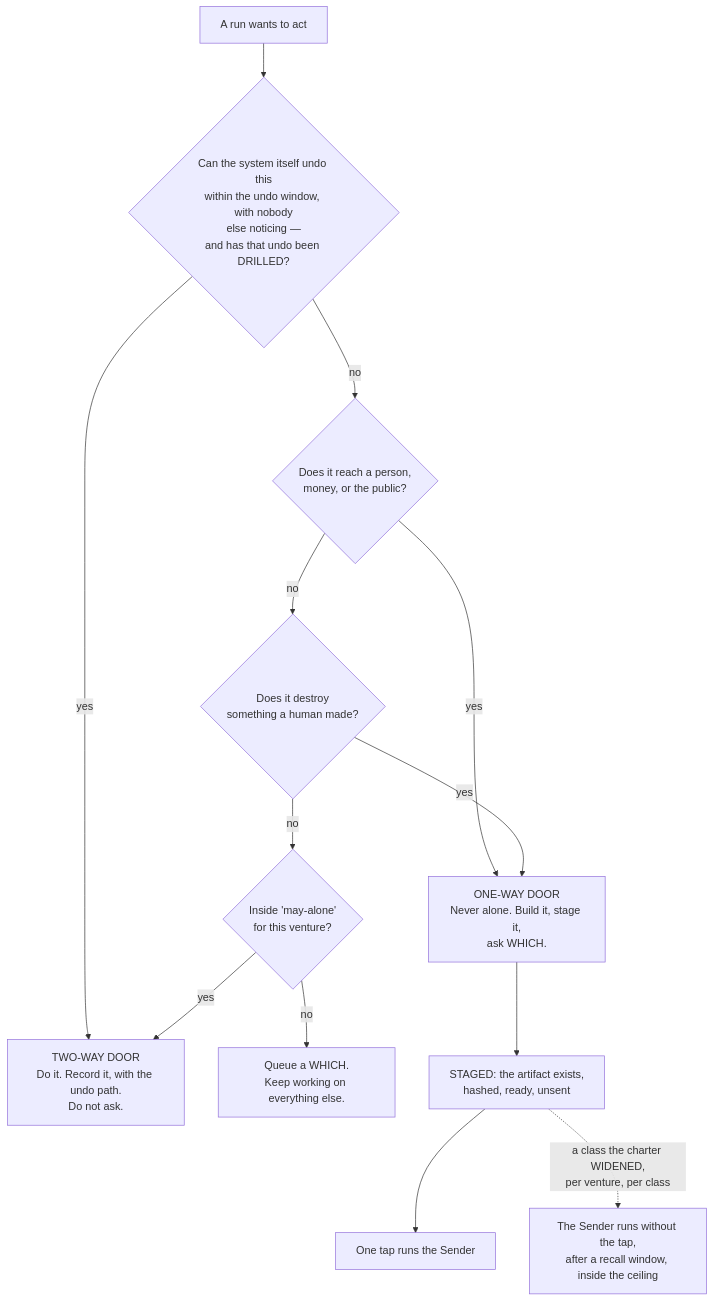
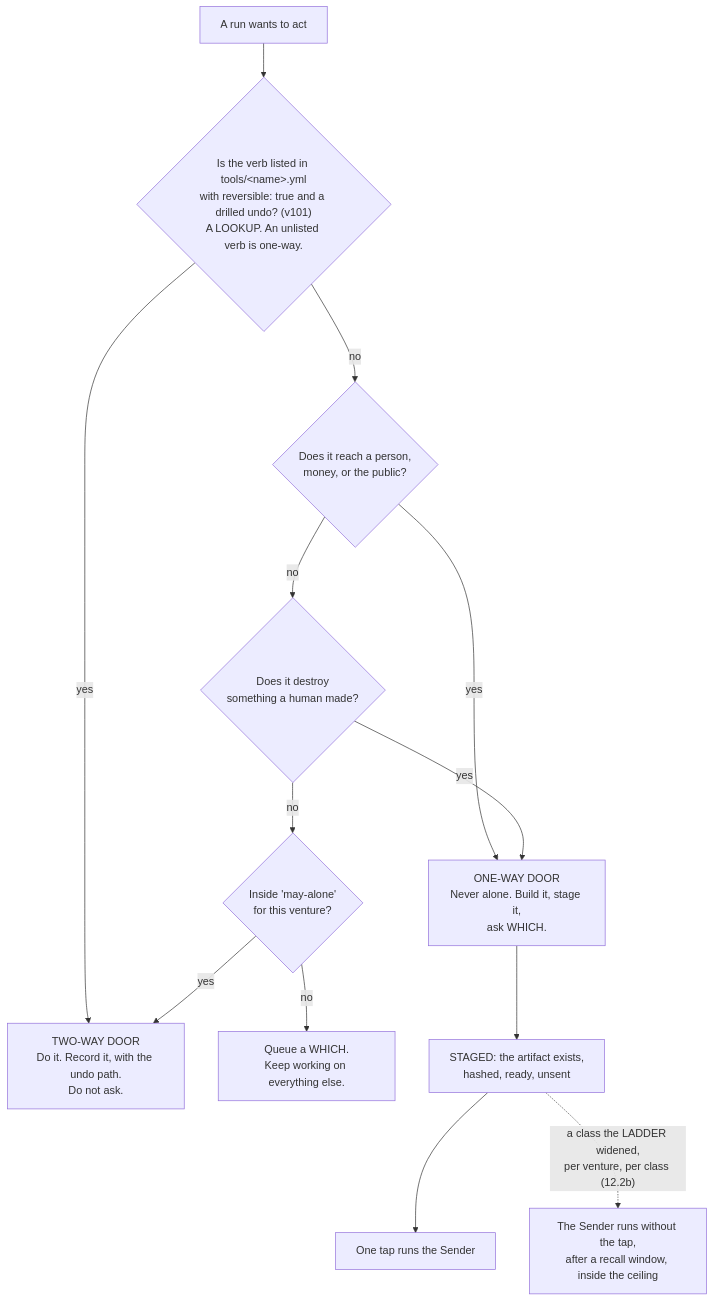
Before and after one commit to Adam077K/agentvibe: the first of 5 diagrams in docs/03-system-design/final-v2/parts/12-control.md, drawn with Mermaid. The commit also changed other lines of this file and 3 other files, not shown here.

First line of the commit message:
docs(final-v2): fixer round applied to §9–§12 — fallback chain on the shipped flag, CLIs as the second family with no keys, daemon row, adequacy axis, R12 split, verb table, ladder, one stop verb

````diff
--- a/docs/03-system-design/final-v2/parts/12-control.md
+++ b/docs/03-system-design/final-v2/parts/12-control.md
@@ -70,15 +83,15 @@
 ```mermaid
 flowchart TD
-    ACT["A run wants to act"] --> Q1{"Can the system itself undo this<br/>within the undo window, with nobody<br/>else noticing —<br/>and has that undo been DRILLED?"}
+    ACT["A run wants to act"] --> Q1{"Is the verb listed in tools/&lt;name&gt;.yml<br/>with reversible: true and a drilled undo? (v101)<br/>A LOOKUP. An unlisted verb is one-way."}
     Q1 -->|"yes"| TWO["TWO-WAY DOOR<br/>Do it. Record it, with the undo path.<br/>Do not ask."]
     Q1 -->|"no"| Q2{"Does it reach a person,<br/>money, or the public?"}
     Q2 -->|"yes"| ONE["ONE-WAY DOOR<br/>Never alone. Build it, stage it,<br/>ask WHICH."]
     Q2 -->|"no"| Q3{"Does it destroy<br/>something a human made?"}
     Q3 -->|"yes"| ONE
     Q3 -->|"no"| Q4{"Inside 'may-alone'<br/>for this venture?"}
     Q4 -->|"yes"| TWO
     Q4 -->|"no"| QUEUE["Queue a WHICH.<br/>Keep working on everything else."]
     ONE --> STAGE["STAGED: the artifact exists,<br/>hashed, ready, unsent"]
     STAGE --> TAP["One tap runs the Sender"]
-    STAGE -.->|"a class the charter WIDENED,<br/>per venture, per class"| WIDE["The Sender runs without the tap,<br/>after a recall window, inside the ceiling"]
+    STAGE -.->|"a class the LADDER widened,<br/>per venture, per class (12.2b)"| WIDE["The Sender runs without the tap,<br/>after a recall window, inside the ceiling"]
 ```
````
